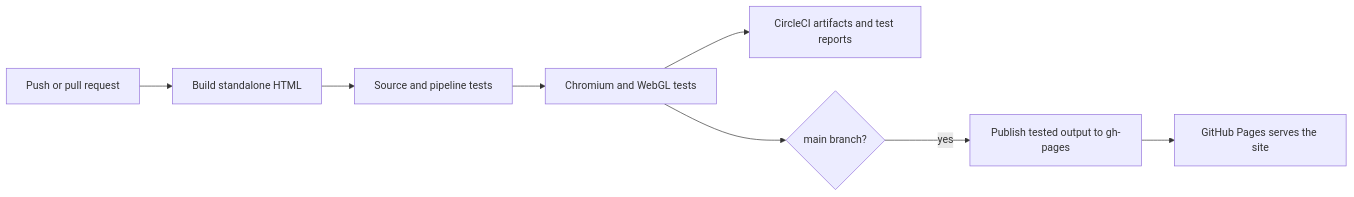
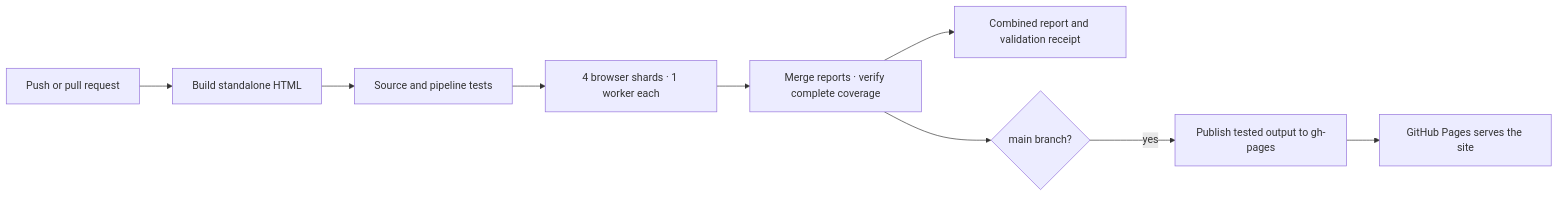
The diagram in README.md (james-crowley/wedding), drawn with Mermaid before and after one commit. The commit also changed other lines of this file and 11 other files, not shown here.

Commit message:
Shard browser CI, cache npm downloads and verify complete deployment coverage

````diff
--- a/README.md
+++ b/README.md
@@ -52,10 +52,11 @@
 ```mermaid
 flowchart LR
   Push[Push or pull request] --> Build[Build standalone HTML]
   Build --> Unit[Source and pipeline tests]
-  Unit --> Browser[Chromium and WebGL tests]
-  Browser --> Artifacts[CircleCI artifacts and test reports]
-  Browser --> Main{main branch?}
+  Unit --> Split[4 browser shards · 1 worker each]
+  Split --> Merge[Merge reports · verify complete coverage]
+  Merge --> Artifacts[Combined report and validation receipt]
+  Merge --> Main{main branch?}
   Main -->|yes| Pages[Publish tested output to gh-pages]
   Pages --> Hosting[GitHub Pages serves the site]
 ```
````
